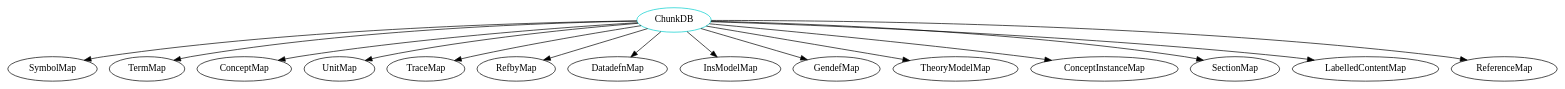
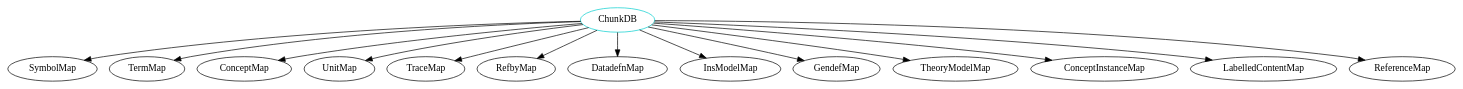
One commit to JacquesCarette/Drasil changed the diagram in analysis/TypeDependencyGraphs/database/ChunkDB.dot. Above: the diagram before and after it, drawn with Graphviz. The commit also changed 460 other files, not shown here.

```diff
--- a/analysis/TypeDependencyGraphs/database/ChunkDB.dot
+++ b/analysis/TypeDependencyGraphs/database/ChunkDB.dot
@@ -1,17 +1,16 @@
 digraph chunkdb{
 ChunkDB	[shape=oval, color=cyan3, label="ChunkDB"];
 ChunkDB -> SymbolMap;
 ChunkDB -> TermMap;
 ChunkDB -> ConceptMap;
 ChunkDB -> UnitMap;
 ChunkDB -> TraceMap;
 ChunkDB -> RefbyMap;
 ChunkDB -> DatadefnMap;
 ChunkDB -> InsModelMap;
 ChunkDB -> GendefMap;
 ChunkDB -> TheoryModelMap;
 ChunkDB -> ConceptInstanceMap;
-ChunkDB -> SectionMap;
 ChunkDB -> LabelledContentMap;
 ChunkDB -> ReferenceMap;
 }
```
